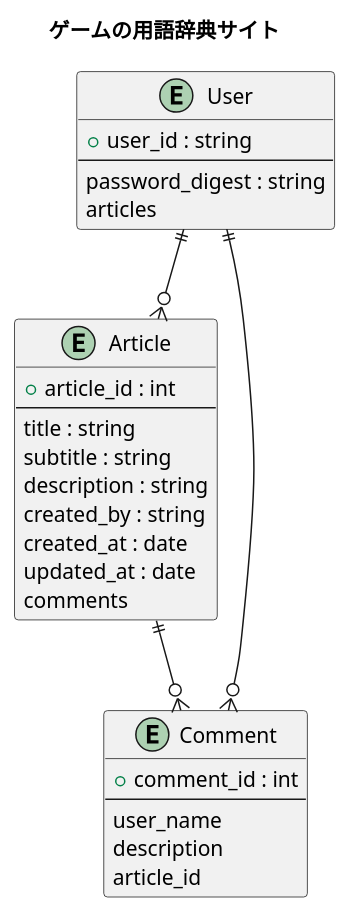
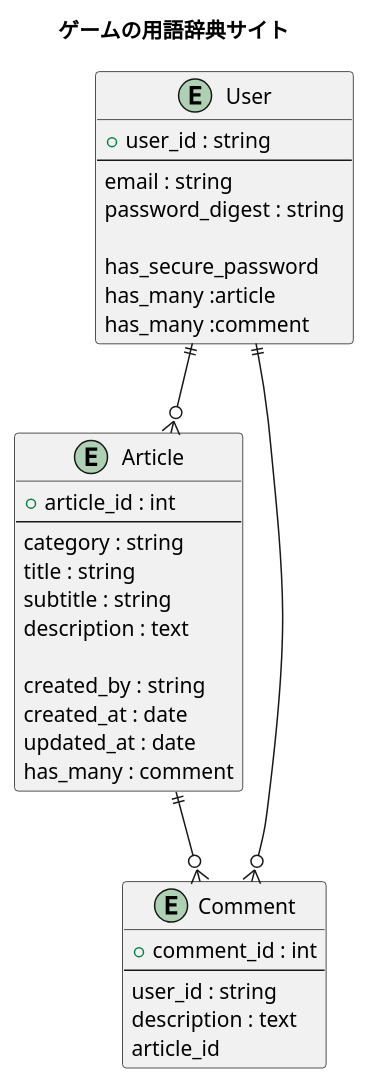
The diagram in docs/plantuml/アプリ_ER図.pu (yu-suke0919/dxd_glossary_rails), drawn with PlantUML before and after one commit. The commit also changed 1 other file, not shown here.

Commit message:
ER図_画面遷移図の追加

```diff
--- a/docs/plantuml/アプリ_ER図.pu
+++ b/docs/plantuml/アプリ_ER図.pu
@@ -1,37 +1,43 @@
 @startuml
 title ゲームの用語辞典サイト
 
 entity User {
   + user_id : string
   --
+  email : string
   password_digest : string
-  articles
+
+  has_secure_password
+  has_many :article
+  has_many :comment
 }
 
 entity Article {
   + article_id : int
   --
+  category : string
   title : string
   subtitle : string
-  description : string
+  description : text
+
   created_by : string
   created_at : date
   updated_at : date
-  comments
+  has_many : comment
 }
 
 entity Comment {
   + comment_id : int
   --
-  user_name
-  description
+  user_id : string
+  description : text
   article_id
 }
 
 
 
 User ||--o{ Article
 Article ||--o{ Comment
 User ||--o{ Comment
 
 @enduml
```
